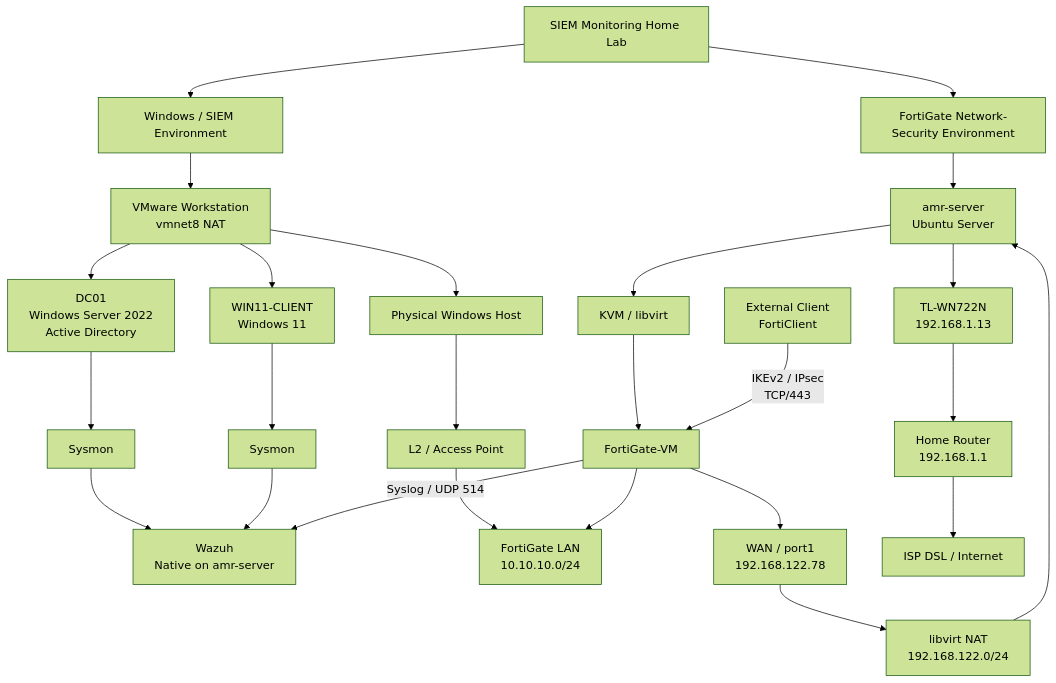
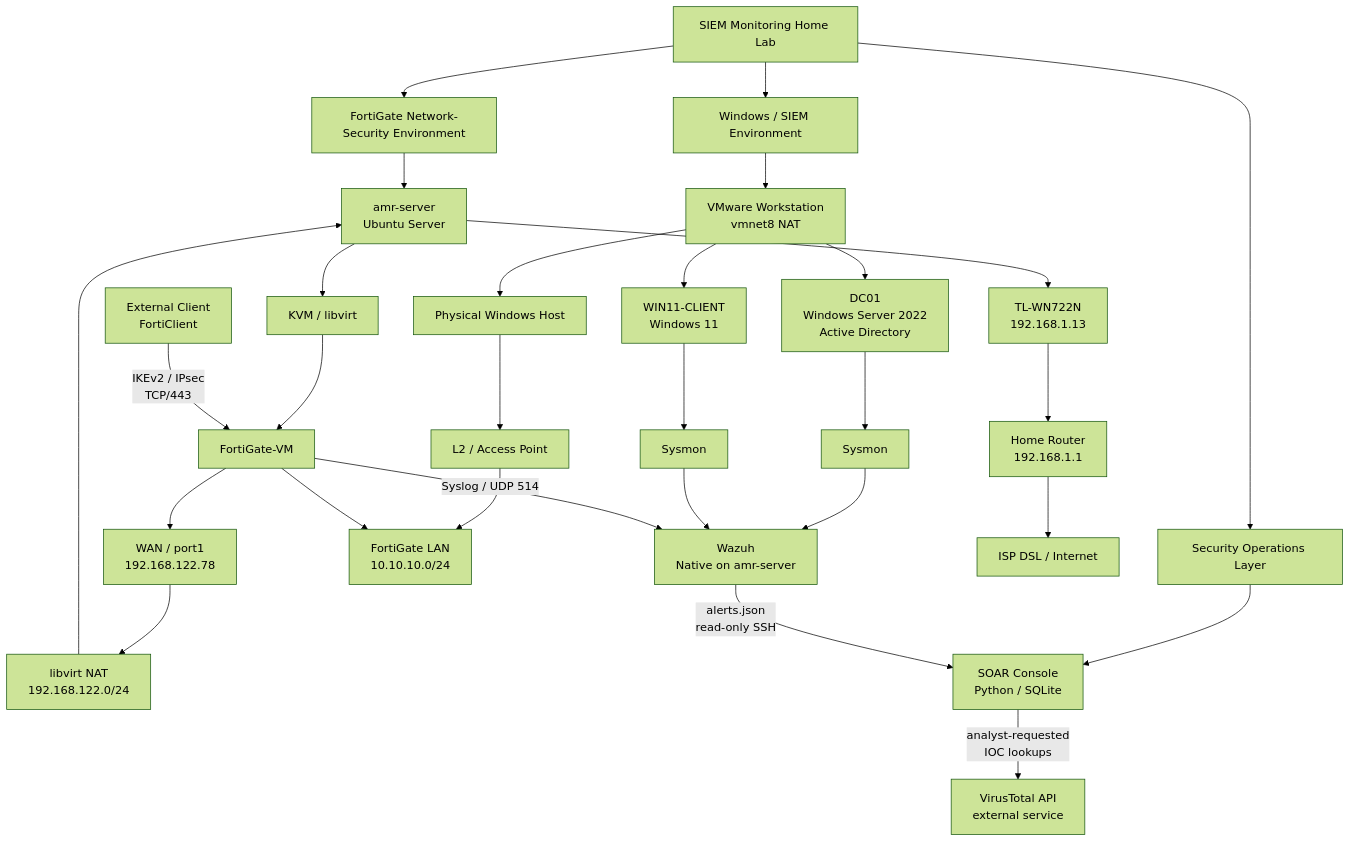
The diagram in README.md (amr294/SIEM-Monitoring-Home-Lab), drawn with Mermaid (forest theme) before and after one commit. The commit also changed other lines of this file and 1 other file, not shown here.

Commit message:
docs: update SOAR architecture and project overview

````diff
--- a/README.md
+++ b/README.md
@@ -24,45 +28,51 @@
 ```mermaid
 flowchart TB
     LAB[SIEM Monitoring Home Lab]
 
     LAB --> WINENV[Windows / SIEM Environment]
     LAB --> FGENV[FortiGate Network-Security Environment]
+    LAB --> SOCENV[Security Operations Layer]
 
     %% Windows / SIEM environment
     WINENV --> VMWARE[VMware Workstation<br/>vmnet8 NAT]
 
     VMWARE --> DC[DC01<br/>Windows Server 2022<br/>Active Directory]
     VMWARE --> WIN11[WIN11-CLIENT<br/>Windows 11]
 
     DC --> SYS1[Sysmon]
     WIN11 --> SYS2[Sysmon]
 
     SYS1 --> WAZUH[Wazuh<br/>Native on amr-server]
     SYS2 --> WAZUH
 
     VMWARE --> WINHOST[Physical Windows Host]
     WINHOST --> AP[L2 / Access Point]
     AP --> FGLAN[FortiGate LAN<br/>10.10.10.0/24]
 
     %% FortiGate / KVM / WAN
     FGENV --> UBUNTU[amr-server<br/>Ubuntu Server]
     UBUNTU --> KVM[KVM / libvirt]
     KVM --> FGT[FortiGate-VM]
 
     FGT --> FGLAN
     FGT --> WAN[WAN / port1<br/>192.168.122.78]
 
     WAN --> LIBVIRT[libvirt NAT<br/>192.168.122.0/24]
     LIBVIRT --> UBUNTU
 
     UBUNTU --> WIFI[TL-WN722N<br/>192.168.1.13]
     WIFI --> ROUTER[Home Router<br/>192.168.1.1]
     ROUTER --> ISP[ISP DSL / Internet]
 
     %% Remote access VPN
     REMOTE[External Client<br/>FortiClient]
     REMOTE -->|IKEv2 / IPsec<br/>TCP/443| FGT
 
-        %% FortiGate → Wazuh Syslog integration
+    %% FortiGate → Wazuh Syslog integration
     FGT -->|Syslog / UDP 514| WAZUH
+
+    %% SOAR Console
+    SOCENV --> SOAR[SOAR Console<br/>Python / SQLite]
+    WAZUH -->|alerts.json<br/>read-only SSH| SOAR
+    SOAR -->|analyst-requested<br/>IOC lookups| VT[VirusTotal API<br/>external service]
 ```
````
